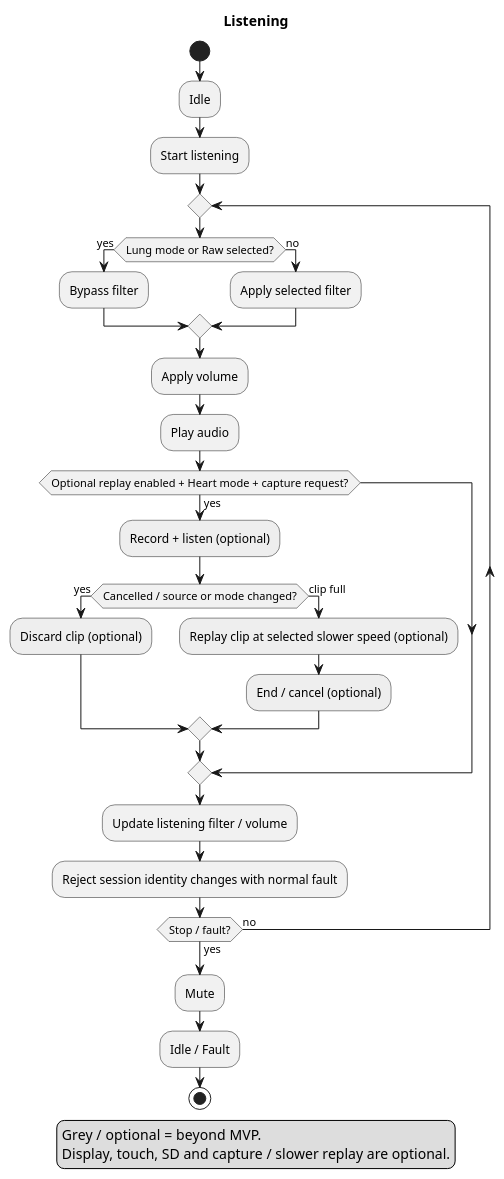
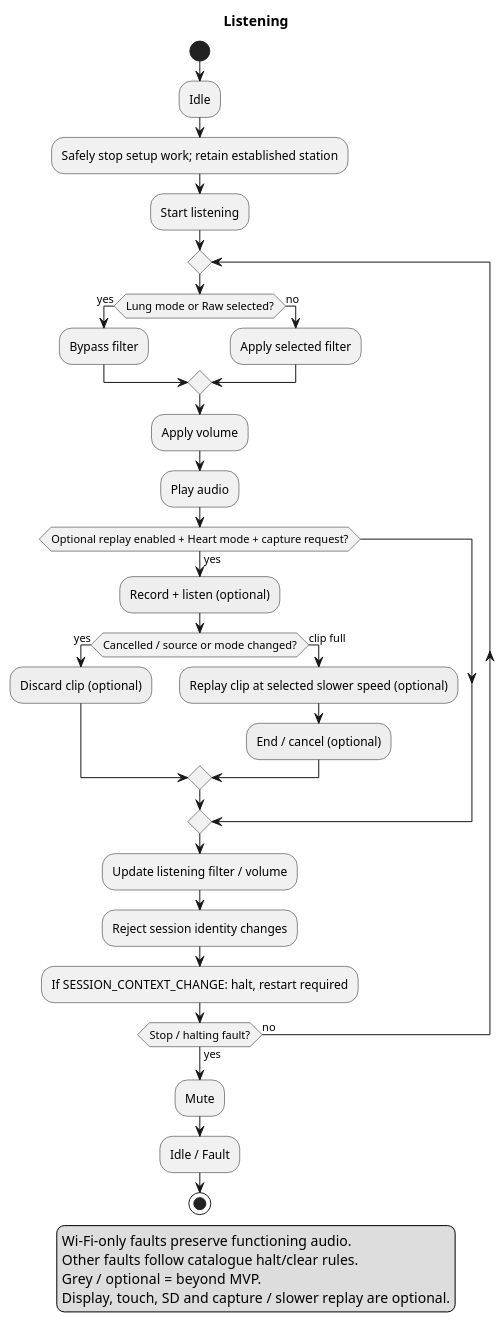
Before and after one commit to DemonicPsychoII/DigitalStethoscope: the diagram in Development/system/architecture/listening-workflow.puml, drawn with PlantUML. The commit also changed 39 other files, not shown here.

```diff
--- a/Development/system/architecture/listening-workflow.puml
+++ b/Development/system/architecture/listening-workflow.puml
@@ -1,35 +1,39 @@
 @startuml listening_workflow
 skinparam shadowing false
 skinparam defaultFontName SansSerif
 title Listening
 start
 :Idle;
+:Safely stop setup work; retain established station;
 :Start listening;
 repeat
  if (Lung mode or Raw selected?) then (yes)
   :Bypass filter;
  else (no)
   :Apply selected filter;
  endif
  :Apply volume;
  :Play audio;
  if (Optional replay enabled + Heart mode + capture request?) then (yes)
   #EEEEEE:Record + listen (optional);
   if (Cancelled / source or mode changed?) then (yes)
    #EEEEEE:Discard clip (optional);
   else (clip full)
    #EEEEEE:Replay clip at selected slower speed (optional);
    #EEEEEE:End / cancel (optional);
   endif
  endif
  :Update listening filter / volume;
- :Reject session identity changes with normal fault;
-repeat while (Stop / fault?) is (no) not (yes)
+ :Reject session identity changes;
+ :If SESSION_CONTEXT_CHANGE: halt, restart required;
+repeat while (Stop / halting fault?) is (no) not (yes)
 :Mute;
 :Idle / Fault;
 stop
 legend bottom
+  Wi-Fi-only faults preserve functioning audio.
+  Other faults follow catalogue halt/clear rules.
   Grey / optional = beyond MVP.
   Display, touch, SD and capture / slower replay are optional.
 endlegend
 @enduml
```
